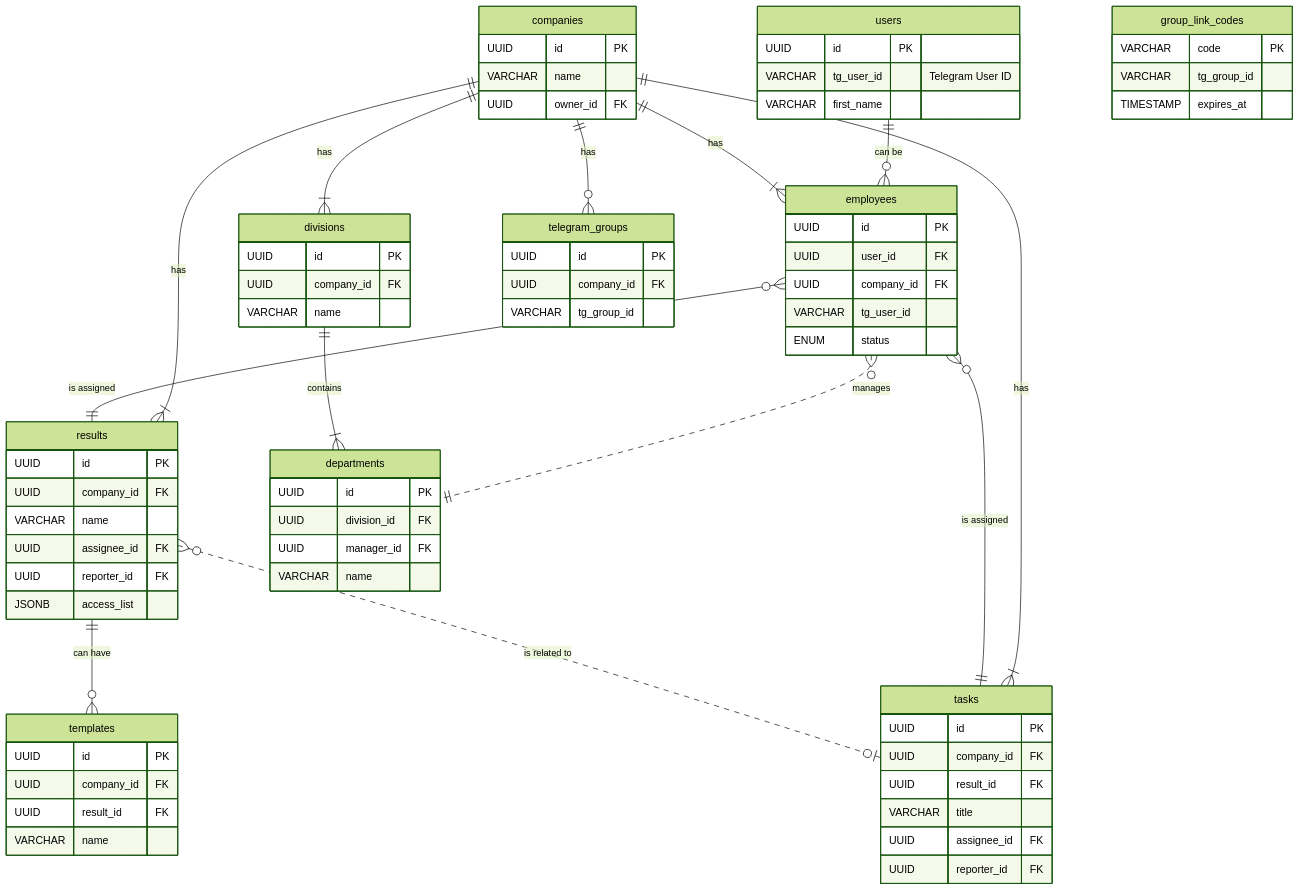
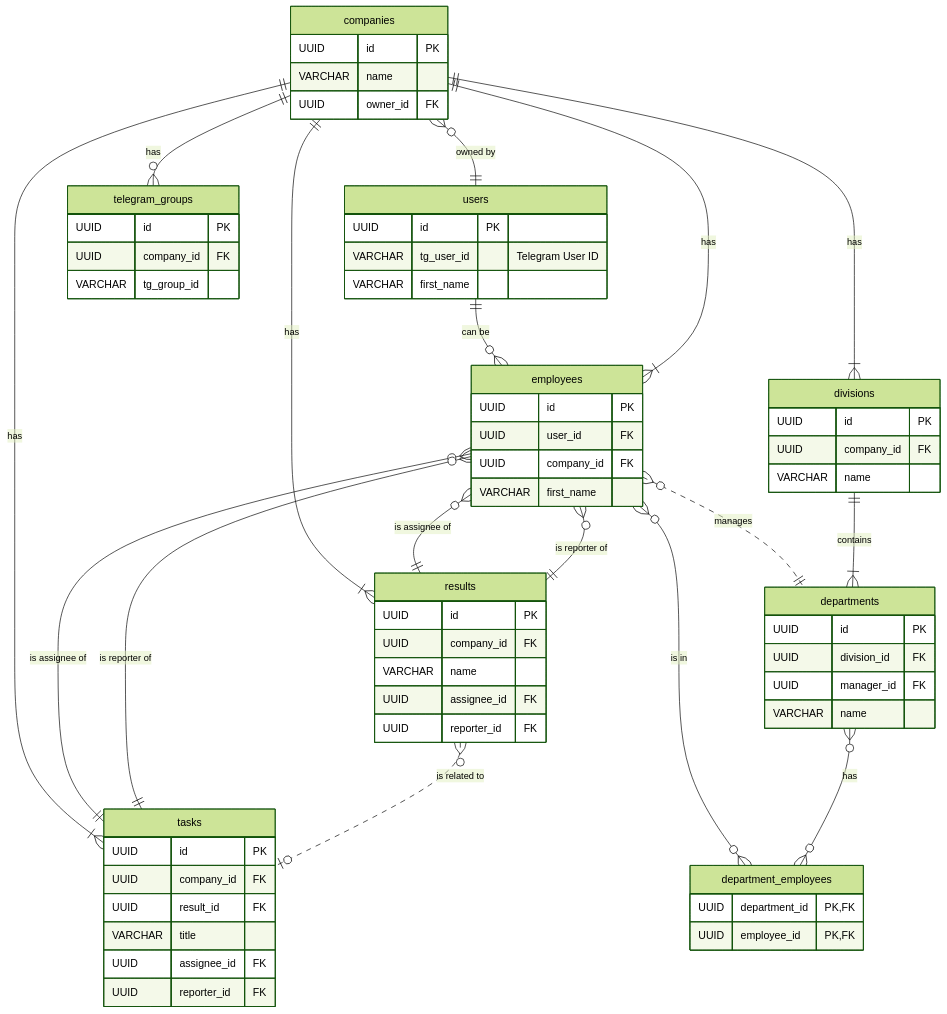
Before and after one commit to San4ez-mc/ftasks.frontend.firestudio: the diagram in docs/database-schema.md, drawn with Mermaid (forest theme). The commit also changed other lines of this file and 2 other files, not shown here.

````diff
--- a/docs/database-schema.md
+++ b/docs/database-schema.md
@@ -263,80 +223,74 @@
 ```mermaid
 erDiagram
     users {
         UUID id PK
         VARCHAR tg_user_id "Telegram User ID"
         VARCHAR first_name
     }
     companies {
         UUID id PK
         VARCHAR name
         UUID owner_id FK
     }
     employees {
         UUID id PK
         UUID user_id FK
         UUID company_id FK
-        VARCHAR tg_user_id
-        ENUM status
+        VARCHAR first_name
     }
     results {
         UUID id PK
         UUID company_id FK
         VARCHAR name
         UUID assignee_id FK
         UUID reporter_id FK
-        JSONB access_list
-    }
-    templates {
-        UUID id PK
-        UUID company_id FK
-        UUID result_id FK
-        VARCHAR name
     }
     tasks {
         UUID id PK
         UUID company_id FK
         UUID result_id FK
         VARCHAR title
         UUID assignee_id FK
         UUID reporter_id FK
     }
     divisions {
         UUID id PK
         UUID company_id FK
         VARCHAR name
     }
     departments {
         UUID id PK
         UUID division_id FK
         UUID manager_id FK
         VARCHAR name
     }
+    department_employees {
+        UUID department_id PK,FK
+        UUID employee_id PK,FK
+    }
     telegram_groups {
         UUID id PK
         UUID company_id FK
         VARCHAR tg_group_id
     }
-    group_link_codes {
-        VARCHAR code PK
-        VARCHAR tg_group_id
-        TIMESTAMP expires_at
-    }
-
 
     users ||--o{ employees : "can be"
     companies ||--|{ employees : "has"
     companies ||--|{ divisions : "has"
     companies ||--|{ results : "has"
     companies ||--|{ tasks : "has"
     companies ||--o{ telegram_groups : "has"
+    companies }o--|| users : "owned by"
 
-    employees }o--|| results : "is assigned"
-    employees }o--|| tasks : "is assigned"
+    employees }o--|| results : "is assignee of"
+    employees }o--|| results : "is reporter of"
+    employees }o--|| tasks : "is assignee of"
+    employees }o--|| tasks : "is reporter of"
     employees }o..|| departments : "manages"
+    employees }o--o{ department_employees : "is in"
 
+    departments }o--o{ department_employees : "has"
     divisions ||--|{ departments : "contains"
 
-    results ||--o{ templates: "can have"
     results }o..o| tasks : "is related to"
 ```
````
